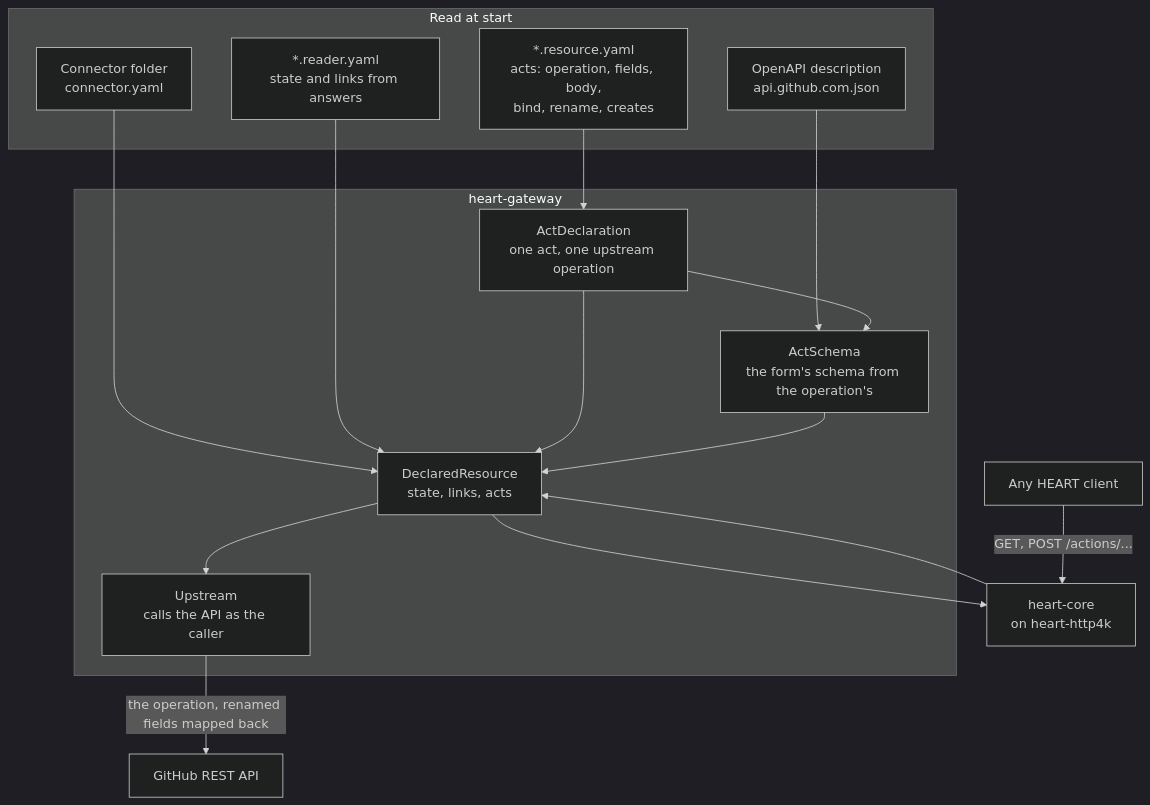
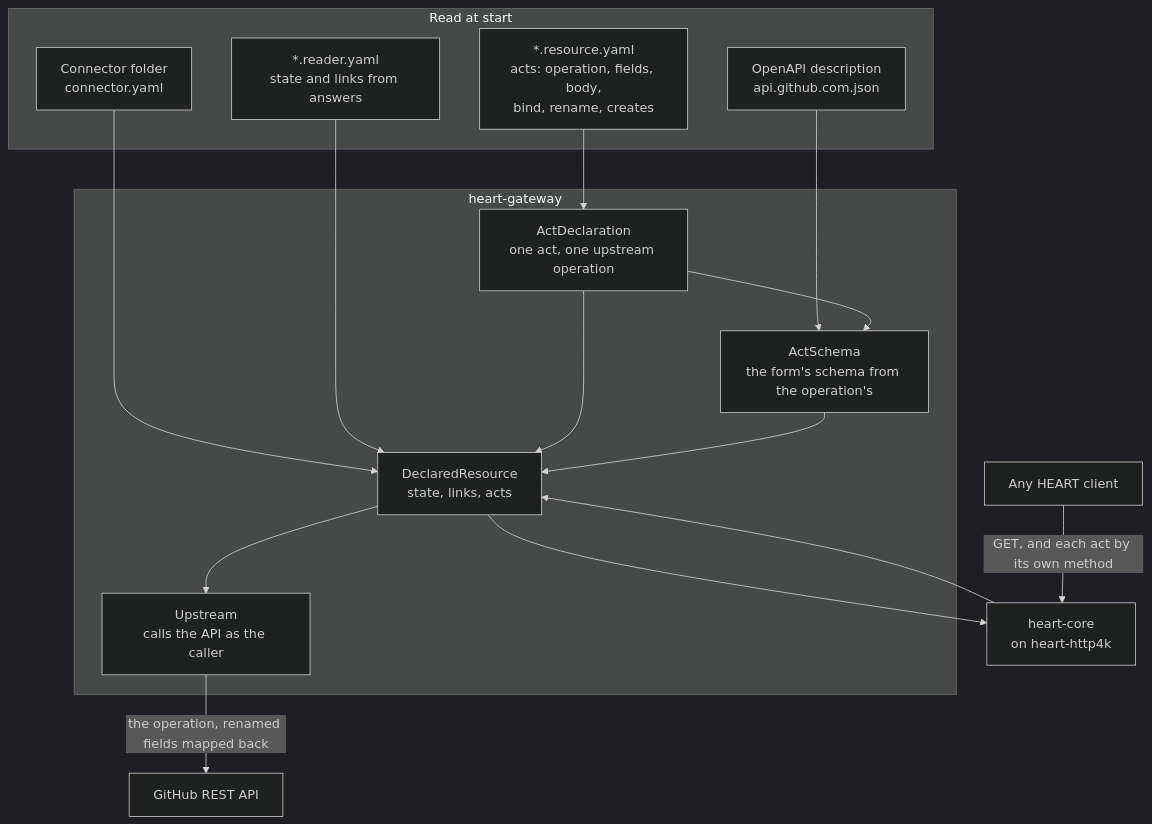
One commit to JogoShugh/heart-rise-artie changed the third of 10 diagrams in docs/reports/architecture/diagrams.md. Above: the diagram before and after it, drawn with Mermaid (dark theme). The commit also changed other lines of this file and 6 other files, not shown here.

First line of the commit message:
Each act by its own method, live: the GitHub lock file re-recorded, and held strictly

````diff
--- a/docs/reports/architecture/diagrams.md
+++ b/docs/reports/architecture/diagrams.md
@@ -91,30 +91,30 @@
 ```mermaid
 flowchart TB
   subgraph Config["Read at start"]
     spec["OpenAPI description<br/>api.github.com.json"]
     conn["Connector folder<br/>connector.yaml"]
     res["*.resource.yaml<br/>acts: operation, fields, body,<br/>bind, rename, creates"]
     read["*.reader.yaml<br/>state and links from answers"]
   end
   subgraph Engine["heart-gateway"]
     decl["ActDeclaration<br/>one act, one upstream operation"]
     schema["ActSchema<br/>the form's schema from the operation's"]
     dres["DeclaredResource<br/>state, links, acts"]
     up["Upstream<br/>calls the API as the caller"]
   end
   core["heart-core<br/>on heart-http4k"]
   client["Any HEART client"]
   gh["GitHub REST API"]
   spec --> schema
   conn --> dres
   res --> decl
   read --> dres
   decl --> schema
   decl --> dres
   schema --> dres
   dres --> core
-  client -- "GET, POST /actions/..." --> core
+  client -- "GET, and each act by its own method" --> core
   core --> dres
   dres --> up
   up -- "the operation, renamed fields mapped back" --> gh
 ```
````
